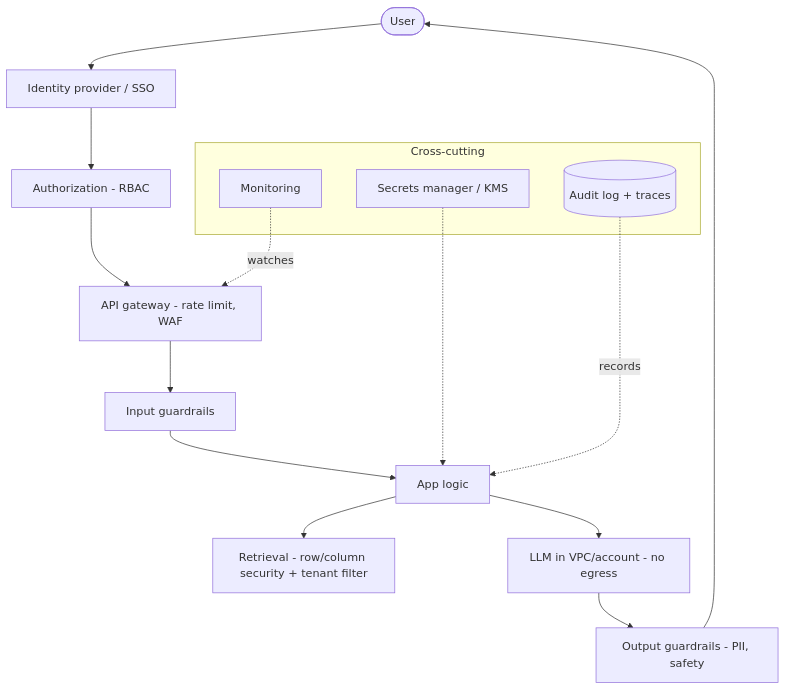
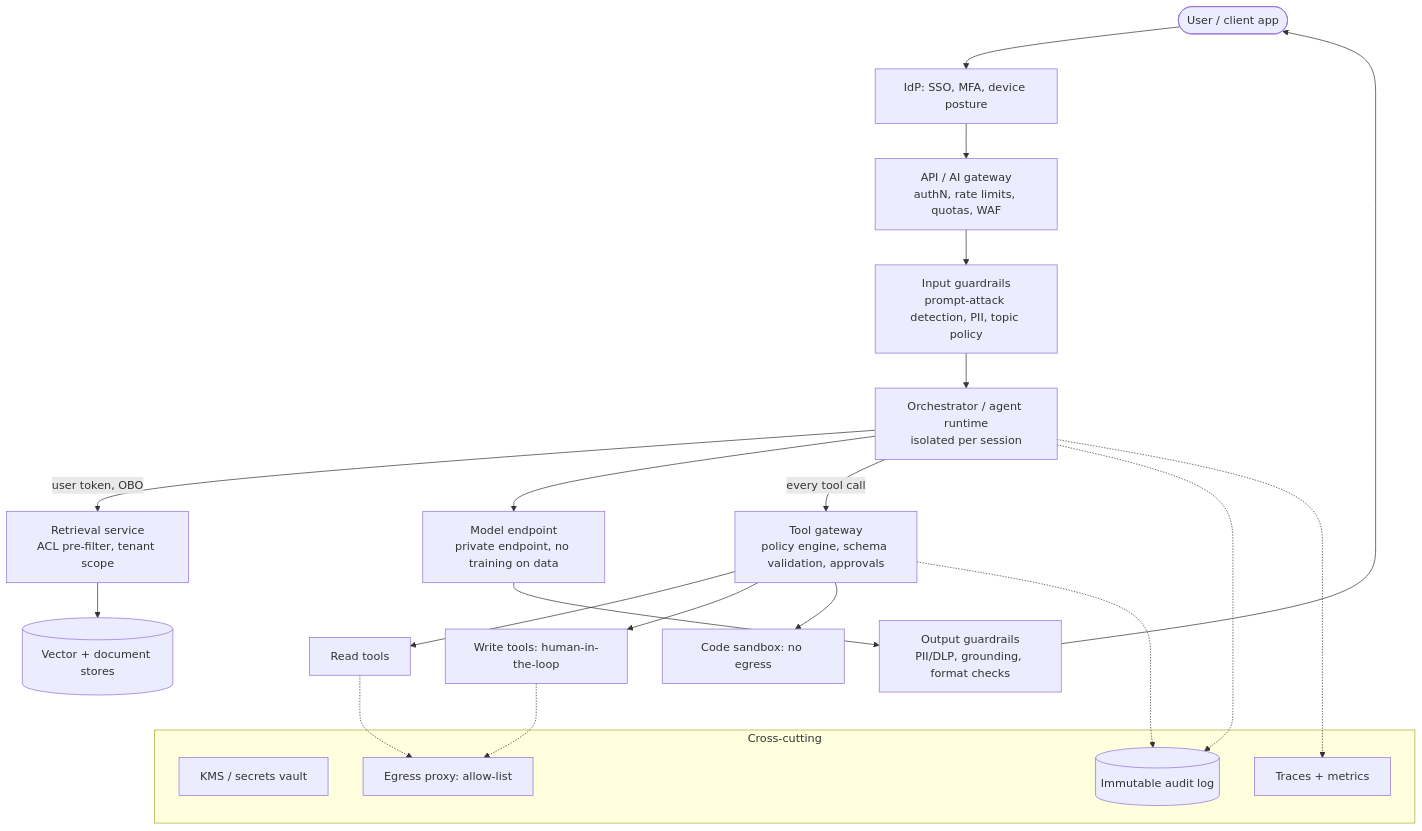
One commit to klnjoy/offerready changed the diagram in content/Enterprise/security-architecture/index.md. Above: the diagram before and after it, drawn with Mermaid. The commit also changed other lines of this file and 116 other files, not shown here.

````diff
--- a/content/Enterprise/security-architecture/index.md
+++ b/content/Enterprise/security-architecture/index.md
@@ -11,20 +36,27 @@
 ```mermaid
 flowchart TB
-    U([User]) --> IDP[Identity provider / SSO]
-    IDP --> AUTHZ[Authorization - RBAC]
-    AUTHZ --> API[API gateway - rate limit, WAF]
-    API --> GIN[Input guardrails]
-    GIN --> APP[App logic]
-    APP --> RET[Retrieval - row/column security + tenant filter]
-    APP --> LLM[LLM in VPC/account - no egress]
-    LLM --> GOUT[Output guardrails - PII, safety]
-    GOUT --> U
+    U([User / client app]) --> IDP[IdP: SSO, MFA, device posture]
+    IDP --> GW[API / AI gateway<br/>authN, rate limits, quotas, WAF]
+    GW --> IN[Input guardrails<br/>prompt-attack detection, PII, topic policy]
+    IN --> ORCH[Orchestrator / agent runtime<br/>isolated per session]
+    ORCH -->|user token, OBO| RET[Retrieval service<br/>ACL pre-filter, tenant scope]
+    RET --> VS[(Vector + document stores)]
+    ORCH --> LLM[Model endpoint<br/>private endpoint, no training on data]
+    ORCH -->|every tool call| TG[Tool gateway<br/>policy engine, schema validation, approvals]
+    TG --> T1[Read tools]
+    TG --> T2[Write tools: human-in-the-loop]
+    TG --> SB[Code sandbox: no egress]
+    LLM --> OUT[Output guardrails<br/>PII/DLP, grounding, format checks]
+    OUT --> U
     subgraph Cross-cutting
-      SEC[Secrets manager / KMS]
-      LOG[(Audit log + traces)]
-      MON[Monitoring]
+      KMS[KMS / secrets vault]
+      AUD[(Immutable audit log)]
+      OBS[Traces + metrics]
+      EG[Egress proxy: allow-list]
     end
-    SEC -.-> APP
-    LOG -.records.-> APP
-    MON -.watches.-> API
+    ORCH -.-> AUD
+    TG -.-> AUD
+    ORCH -.-> OBS
+    T1 -.-> EG
+    T2 -.-> EG
 ```
````
